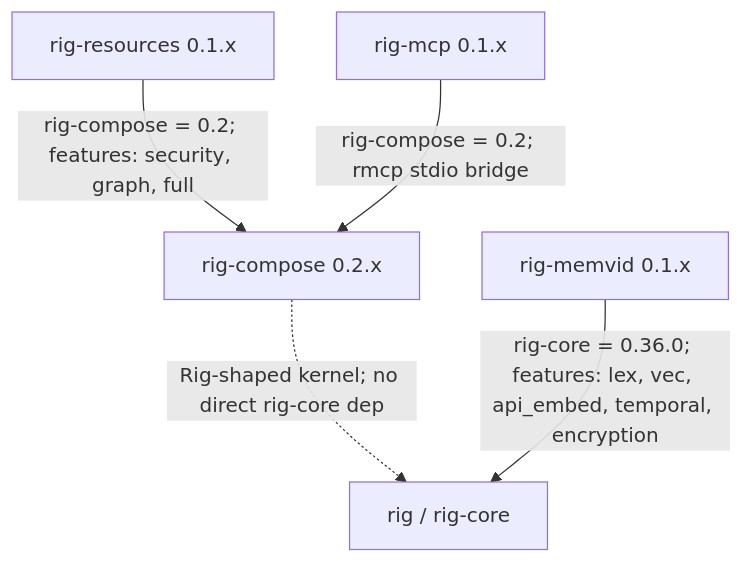
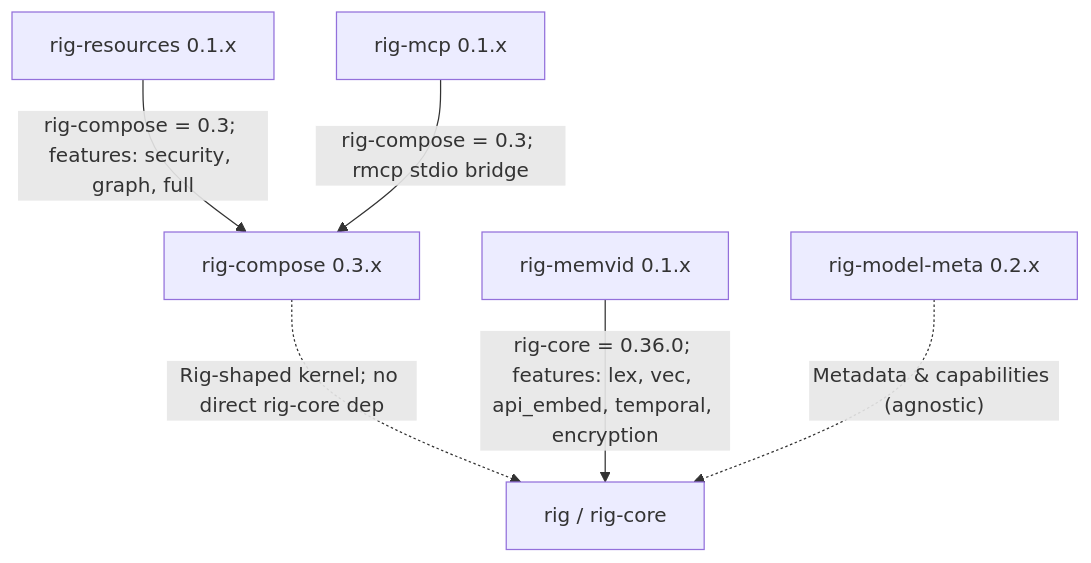
The diagram in README.md (ForeverAngry/rig-compose), drawn with Mermaid before and after one commit. The commit also changed other lines of this file, not shown here.

Commit message:
docs: update ecosystem topology with rig-compose 0.3 and rig-model-meta (#9)

````diff
--- a/README.md
+++ b/README.md
@@ -227,13 +227,15 @@
 ```mermaid
 flowchart TD
     rig["rig / rig-core"]
-    compose["rig-compose 0.2.x"]
+    compose["rig-compose 0.3.x"]
     resources["rig-resources 0.1.x"]
     mcp["rig-mcp 0.1.x"]
     memvid["rig-memvid 0.1.x"]
+    model_meta["rig-model-meta 0.2.x"]
 
     compose -. "Rig-shaped kernel; no direct rig-core dep" .-> rig
-    resources -- "rig-compose = 0.2; features: security, graph, full" --> compose
-    mcp -- "rig-compose = 0.2; rmcp stdio bridge" --> compose
+    resources -- "rig-compose = 0.3; features: security, graph, full" --> compose
+    mcp -- "rig-compose = 0.3; rmcp stdio bridge" --> compose
     memvid -- "rig-core = 0.36.0; features: lex, vec, api_embed, temporal, encryption" --> rig
+    model_meta -. "Metadata & capabilities (agnostic)" .-> rig
 ```
````
